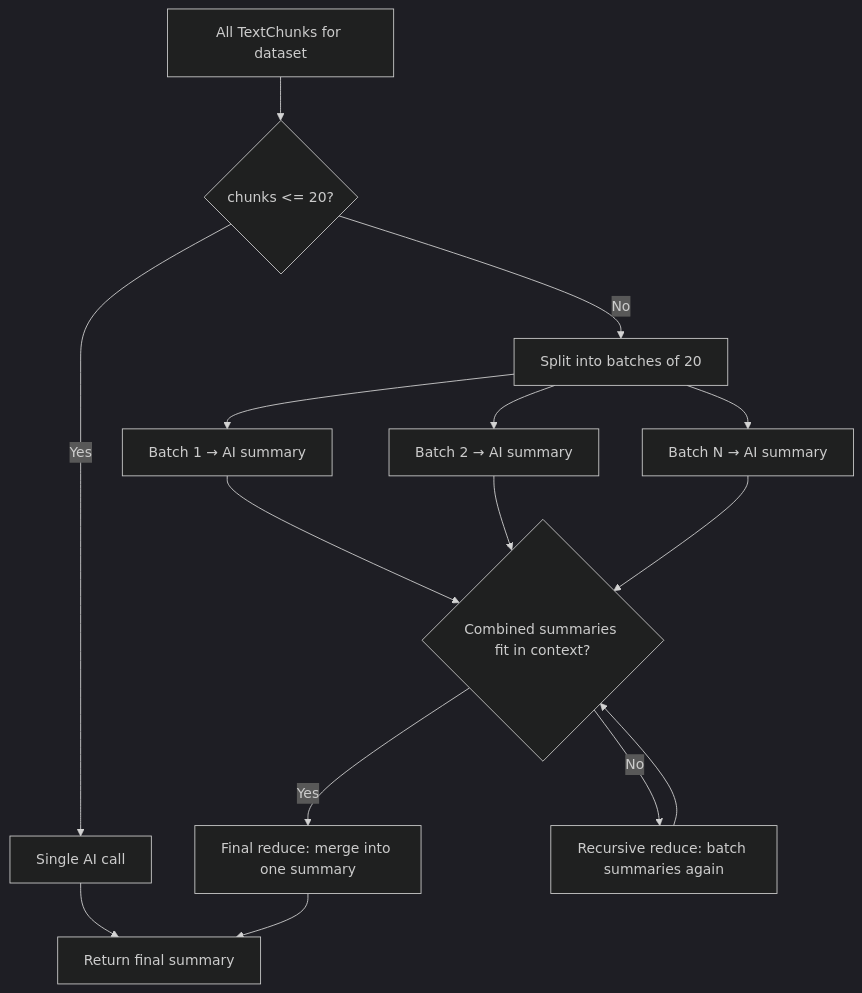
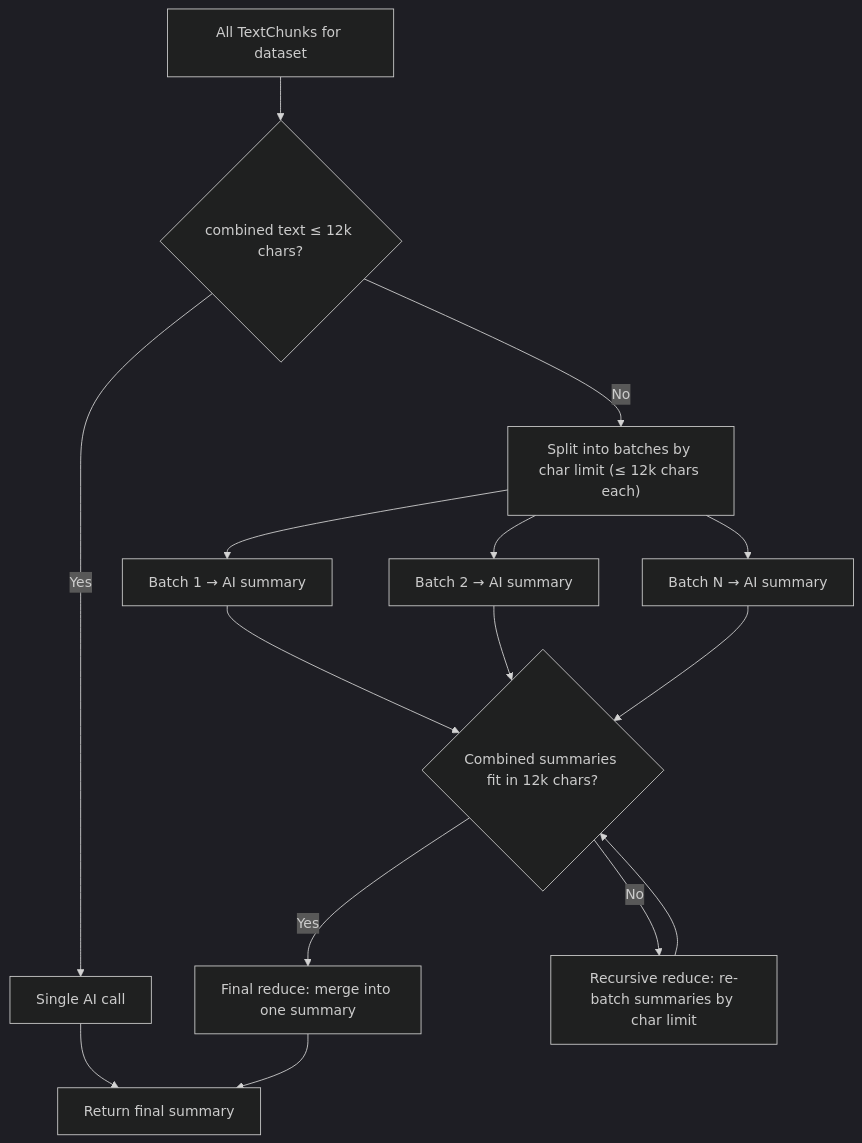
One commit to hinora/data-analysis changed the diagram in docs/domain-knowledge/document-summarization.md. Above: the diagram before and after it, drawn with Mermaid (dark theme). The commit also changed other lines of this file and 1 other file, not shown here.

````diff
--- a/docs/domain-knowledge/document-summarization.md
+++ b/docs/domain-knowledge/document-summarization.md
@@ -9,17 +9,17 @@
 ```mermaid
 flowchart TD
-    A[All TextChunks for dataset] --> B{chunks <= 20?}
+    A[All TextChunks for dataset] --> B{"combined text ≤ 12k chars?"}
     B -- Yes --> C[Single AI call]
-    B -- No --> D[Split into batches of 20]
+    B -- No --> D["Split into batches by char limit (≤ 12k chars each)"]
     D --> E1[Batch 1 → AI summary]
     D --> E2[Batch 2 → AI summary]
     D --> EN[Batch N → AI summary]
-    E1 --> F{Combined summaries fit in context?}
+    E1 --> F{Combined summaries fit in 12k chars?}
     E2 --> F
     EN --> F
     F -- Yes --> G[Final reduce: merge into one summary]
-    F -- No --> H[Recursive reduce: batch summaries again]
+    F -- No --> H["Recursive reduce: re-batch summaries by char limit"]
     H --> F
     G --> I[Return final summary]
     C --> I
 ```
````
